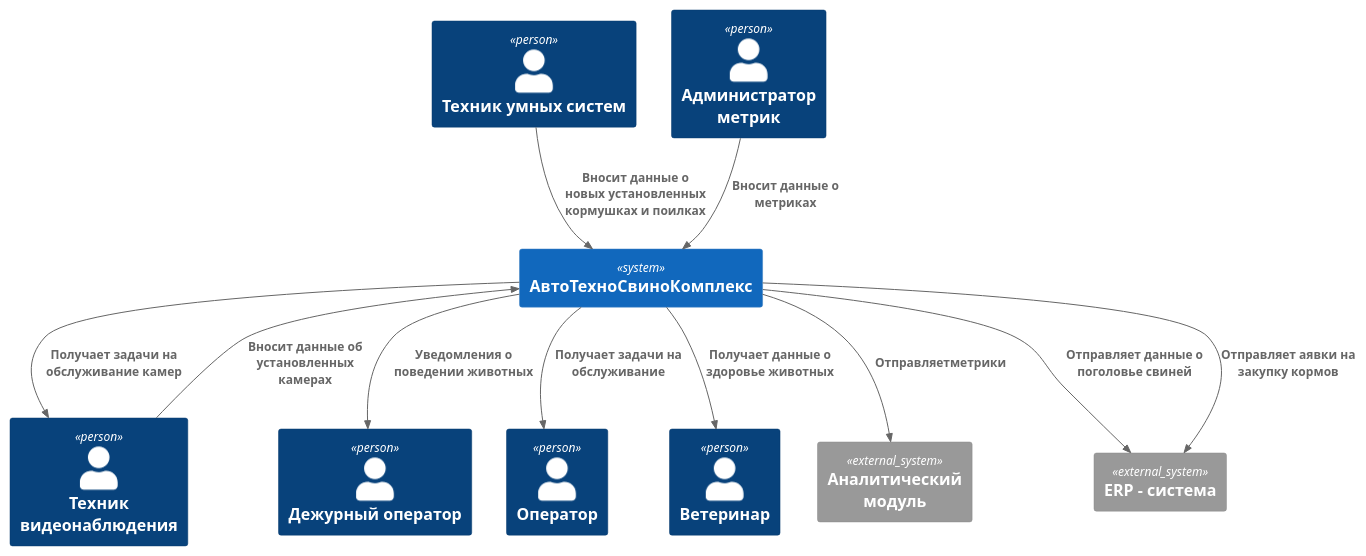
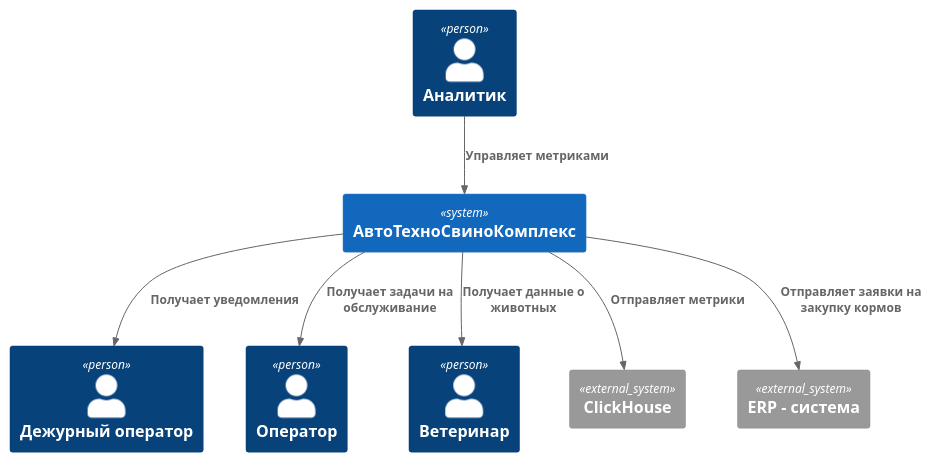
Before and after one commit to mirray/MSA-AgroTech: the diagram in Task1/ATCK_C4_Context.puml, drawn with PlantUML. The commit also changed 9 other files, not shown here.

```diff
--- a/Task1/ATCK_C4_Context.puml
+++ b/Task1/ATCK_C4_Context.puml
@@ -1,26 +1,22 @@
 @startuml Архитектура_АвтоТехноСвиноКомплекс_v1
 !include <C4/C4_Context>
 
-' === Участники ===
+
 Person(duty_operator, "Дежурный оператор")
-Person(technican, "Техник умных систем")
-Person(cv_technican, "Техник видеонаблюдения")
 Person(operator, "Оператор")
+Person(analytic, "Аналитик")
 Person(vet, "Ветеринар")
-Person(metric_admin, "Администратор метрик")
 
 System(atck, "АвтоТехноСвиноКомплекс")
-System_Ext(analytic, "Аналитический модуль")
+
+Rel(atck, duty_operator, "Получает уведомления")
+Rel(atck, operator, "Получает задачи на обслуживание")
+Rel(atck, vet, "Получает данные о животных")
+Rel(analytic, atck, "Управляет метриками")
+
+System_Ext(clickhouse, "ClickHouse")
 System_Ext(erp, "ERP - система")
 
-Rel(atck, duty_operator, "Уведомления о поведении животных")
-Rel(atck, operator, "Получает задачи на обслуживание")
-Rel(atck, vet, "Получает данные о здоровье животных")
-Rel(technican, atck,"Вносит данные о новых установленных кормушках и поилках")
-Rel(atck, analytic, "Отправляетметрики")
-Rel(atck, erp, "Отправляет данные о поголовье свиней")
-Rel(atck, erp, "Отправляет аявки на закупку кормов")
-Rel(metric_admin, atck,"Вносит данные о метриках")
-Rel(cv_technican, atck,"Вносит данные об установленных камерах")
-Rel(atck, cv_technican, "Получает задачи на обслуживание камер")
+Rel(atck, clickhouse, "Отправляет метрики")
+Rel(atck, erp, "Отправляет заявки на закупку кормов")
 @enduml
```
